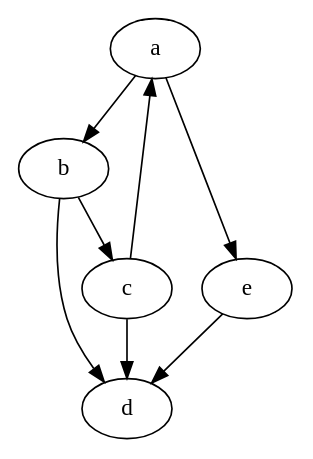
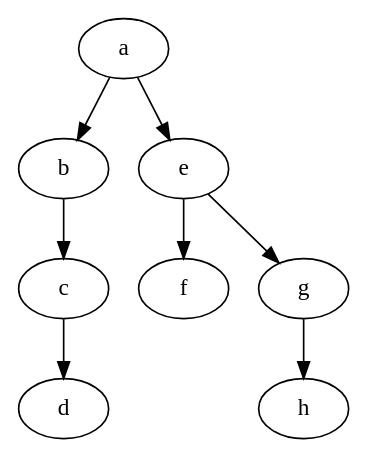
Before and after one commit to ledacvien/CSE464-2023-dvle3: the diagram in src/main/java/org/example/input.dot, drawn with Graphviz. The commit also changed 3 other files, not shown here.

```diff
--- a/src/main/java/org/example/input.dot
+++ b/src/main/java/org/example/input.dot
@@ -1,9 +1,9 @@
 digraph {
 a -> b;
 b -> c;
-c -> a;
 c -> d;
-b -> d;
 a -> e;
-e -> d
+e -> f;
+e -> g;
+g -> h
 }
```
